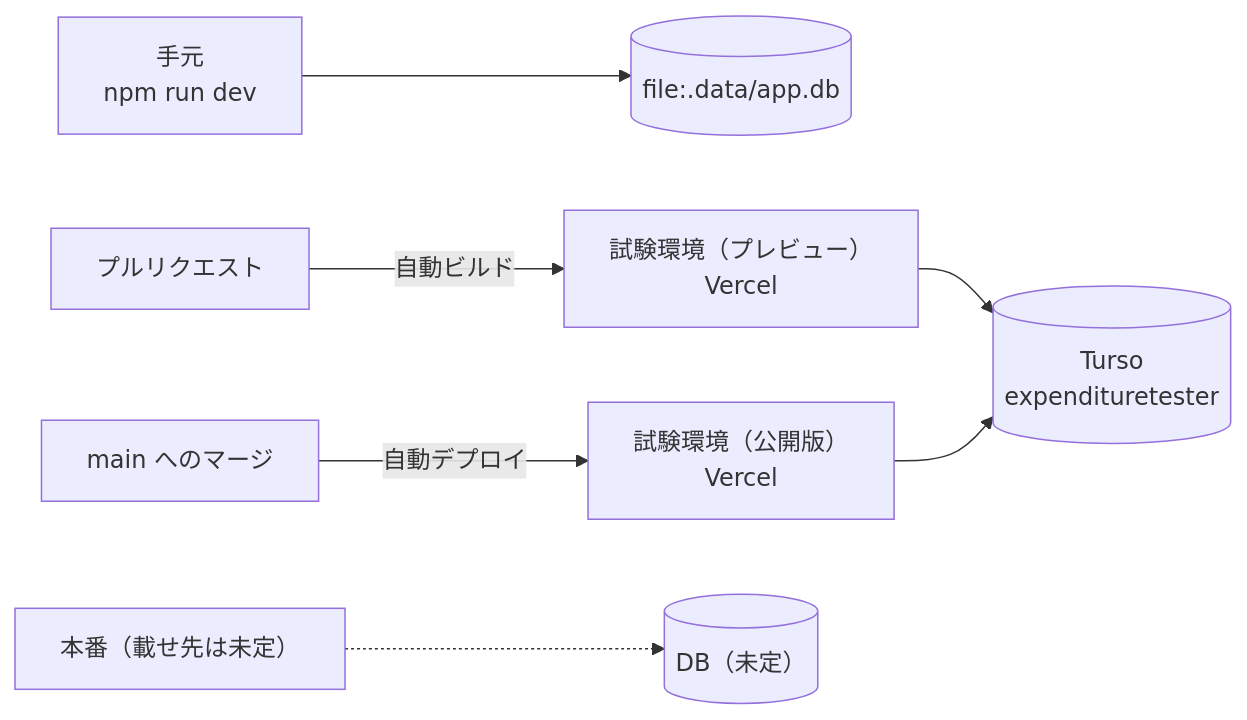
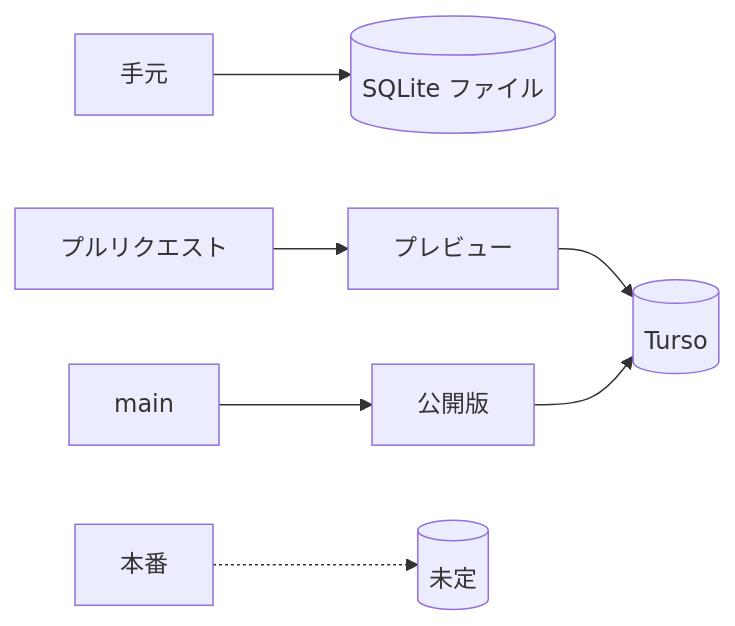
Diagram 11 of 18 in docs/仕様書.md (Kota-Ohira17/expenditure), drawn with Mermaid before and after one commit. The commit also changed other lines of this file, not shown here.

Commit message:
仕様書のMermaid図を短く描き直す

````diff
--- a/docs/仕様書.md
+++ b/docs/仕様書.md
@@ -1110,9 +1045,8 @@
 ```mermaid
 flowchart LR
-    dev["手元<br/>npm run dev"] --> devdb[("file:.data/app.db")]
-    pr["プルリクエスト"] -->|"自動ビルド"| preview["試験環境（プレビュー）<br/>Vercel"]
-    main["main へのマージ"] -->|"自動デプロイ"| prod["試験環境（公開版）<br/>Vercel"]
-    preview --> turso[("Turso<br/>expendituretester")]
-    prod --> turso
-    future["本番（載せ先は未定）"] -.-> futuredb[("DB（未定）")]
+    dev[手元] --> file[(SQLite ファイル)]
+    pr[プルリクエスト] --> preview[プレビュー]
+    main[main] --> pub[公開版]
+    preview & pub --> turso[(Turso)]
+    prod[本番] -.-> undecided[(未定)]
 ```
````
